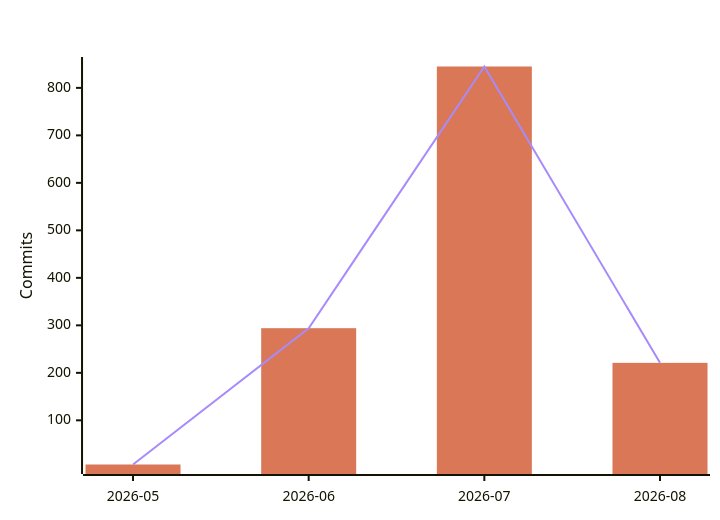
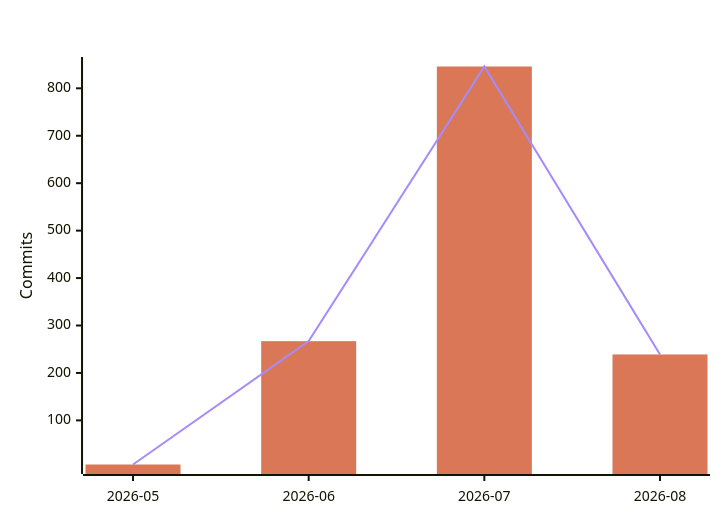
Before and after one commit to polo-nyan/polo-nyan: the fourth of 7 diagrams in README.md, drawn with Mermaid. The commit also changed other lines of this file and 1 other file, not shown here.

````diff
--- a/README.md
+++ b/README.md
@@ -294,9 +294,9 @@
 ```mermaid
 %%{init: {"xyChart": {"titleColor": "#ffffff", "xAxisLabelColor": "#ffffff", "yAxisLabelColor": "#ffffff"}, "themeVariables": {"xyChart": {"titleColor": "#ffffff", "plotColorPalette": "#d97757, #a78bfa"}}}}%%
 xychart-beta
     title "AI-Assisted Commits Per Month"
     x-axis ["2026-05", "2026-06", "2026-07", "2026-08"]
     y-axis "Commits"
-    bar [7, 294, 845, 221]
-    line [7, 294, 845, 221]
+    bar [7, 267, 846, 239]
+    line [7, 267, 846, 239]
 ```
````
